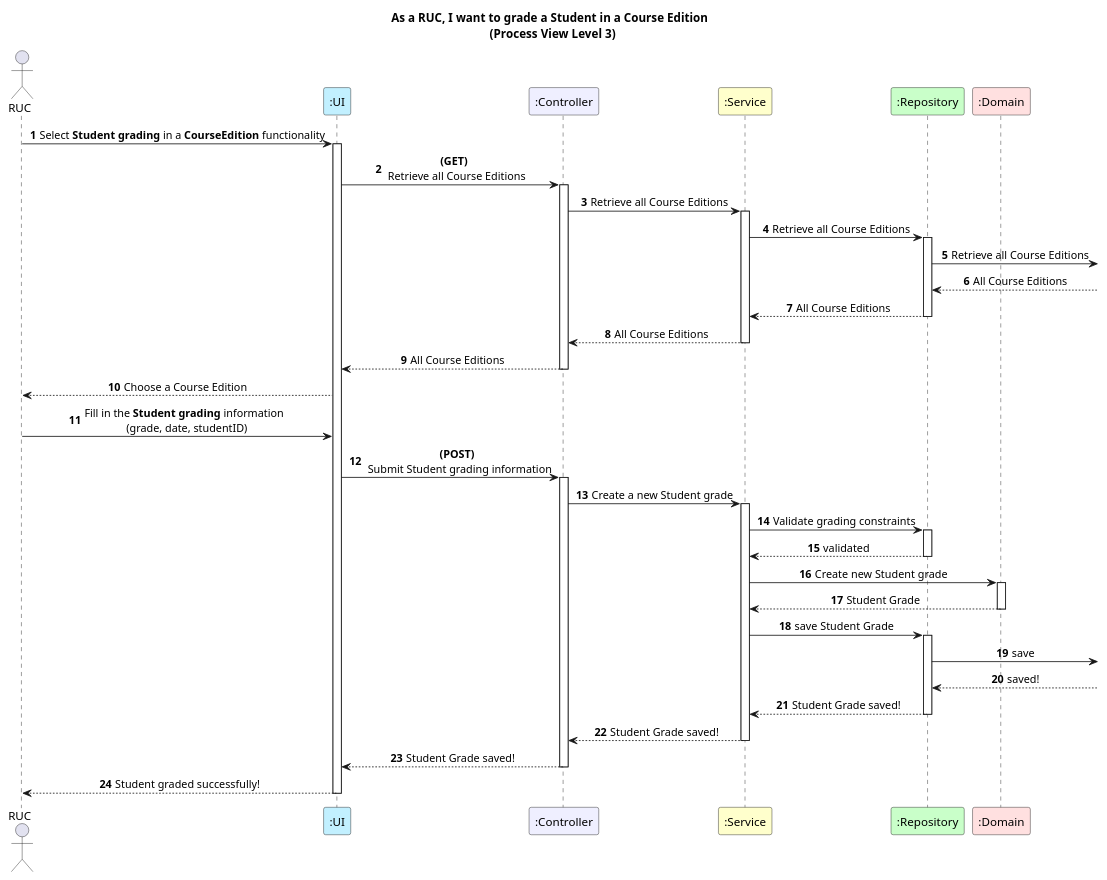
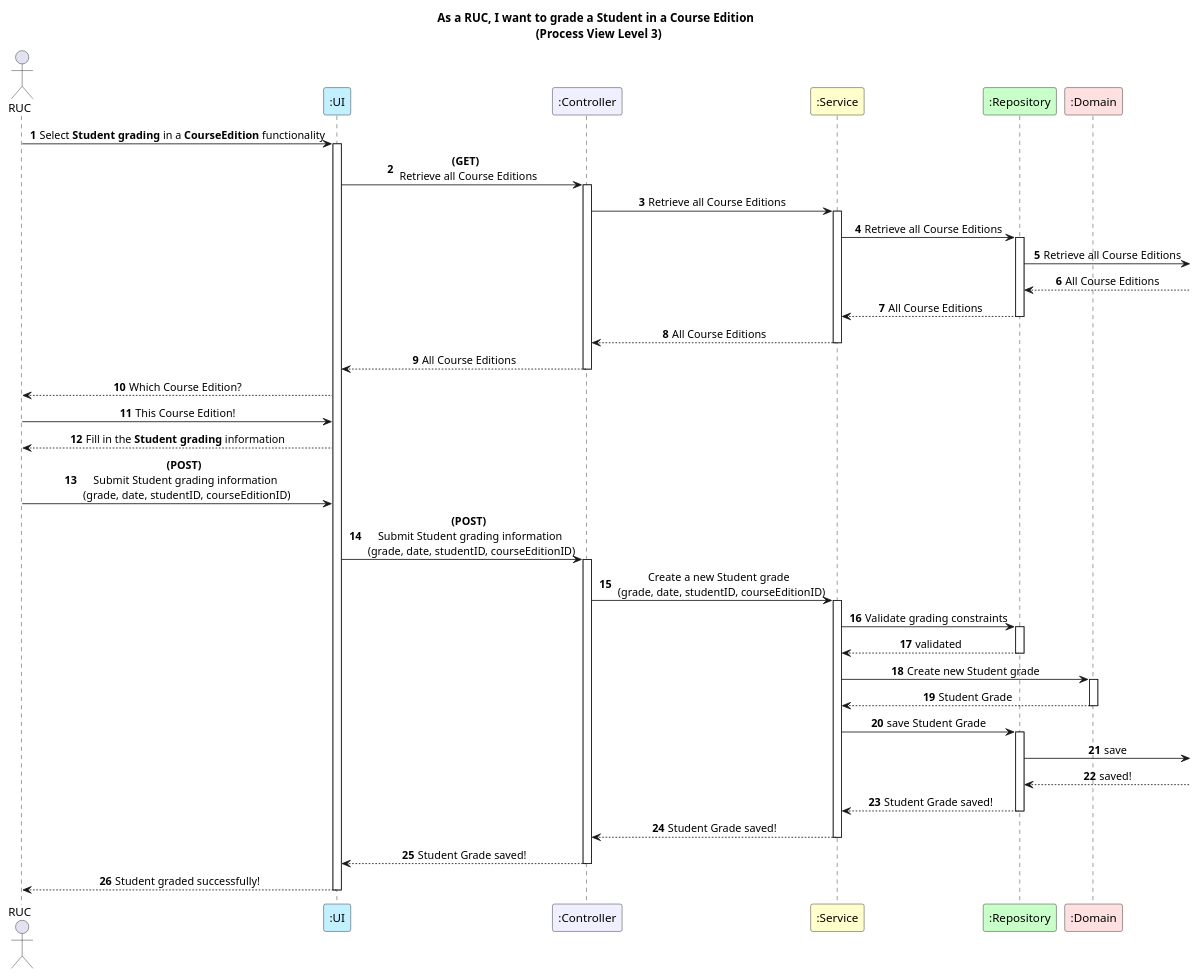
The diagram in docs/US22/REST_API/ProcessView/Level3.puml (GasparISEP/DevOps-PAI), drawn with PlantUML before and after one commit. The commit also changed 9 other files, not shown here.

Commit message:
Refs #560: Elaborate Interaction Use #2 in US22  - RESTAPI documentation and made small changes to level 4 ProcessView diagram

```diff
--- a/docs/US22/REST_API/ProcessView/Level3.puml
+++ b/docs/US22/REST_API/ProcessView/Level3.puml
@@ -1,70 +1,70 @@
 @startuml
 
 autonumber
 title As a RUC, I want to grade a Student in a Course Edition \n (Process View Level 3)
 skinparam sequencemessagealign center
 autonumber
 
 actor RUC
 participant ":UI" as ui #application
 participant ":Controller" as controller #motivation
 participant ":Service" as service #business
 participant ":Repository" as repo #technology
 participant ":Domain" as domain #implementation
 
 RUC -> ui : Select **Student grading** in a **CourseEdition** functionality
 activate ui
 ui -> controller : **(GET)** \n Retrieve all Course Editions
 activate controller
 controller -> service : Retrieve all Course Editions
 activate service
 service -> repo : Retrieve all Course Editions
 activate repo
 repo ->  : Retrieve all Course Editions
 repo <--  : All Course Editions
 
 repo --> service : All Course Editions
 deactivate repo
 service --> controller : All Course Editions
 deactivate service
 controller --> ui : All Course Editions
 deactivate controller
 
 
-ui --> RUC : Choose a Course Edition
-
-RUC -> ui : Fill in the **Student grading** information \n (grade, date, studentID)
-
-ui -> controller : **(POST)** \n Submit Student grading information
+ui --> RUC : Which Course Edition?
+RUC -> ui : This Course Edition!
+ui --> RUC : Fill in the **Student grading** information
+RUC -> ui : **(POST)** \n Submit Student grading information \n (grade, date, studentID, courseEditionID)
+ui -> controller : **(POST)** \n Submit Student grading information \n (grade, date, studentID, courseEditionID)
 
 activate controller
-controller -> service : Create a new Student grade
+controller -> service : Create a new Student grade \n (grade, date, studentID, courseEditionID)
 
 activate service
 service -> repo : Validate grading constraints
 activate repo
 repo --> service : validated
 deactivate repo
 
 service -> domain : Create new Student grade
 activate domain
 domain --> service : Student Grade
 deactivate domain
 
 service -> repo : save Student Grade
 activate repo
 repo -> : save
 repo <--  : saved!
 repo --> service : Student Grade saved!
 deactivate repo
 
 service --> controller : Student Grade saved!
 deactivate service
 
 controller --> ui : Student Grade saved!
 deactivate controller
 
 ui --> RUC : Student graded successfully!
 deactivate ui
 
 @enduml
```
